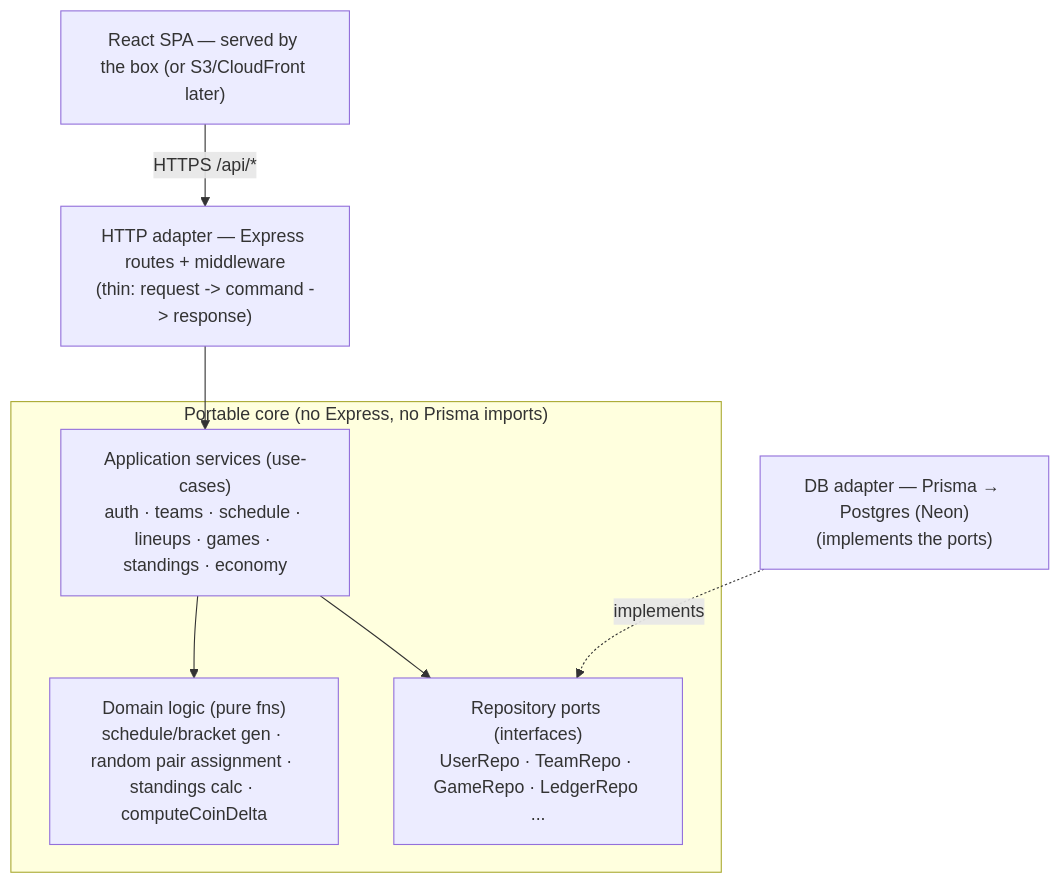
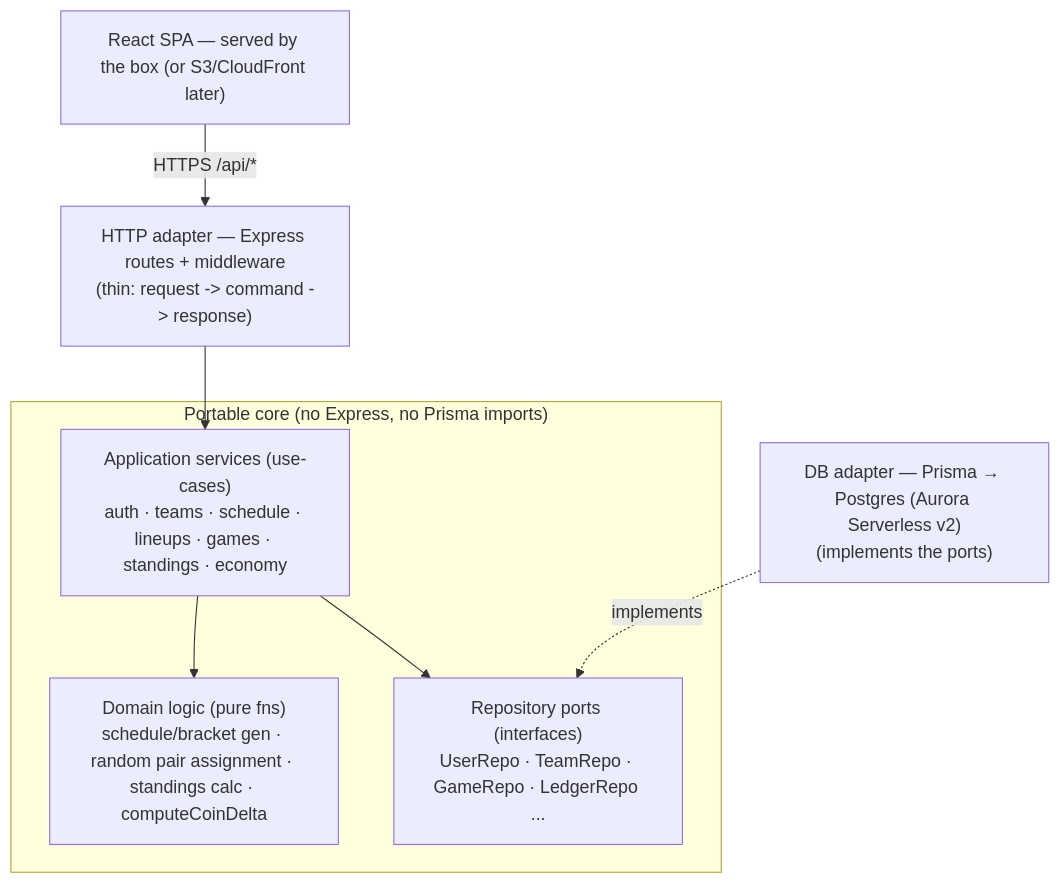
Before and after one commit to jhou98/TournamentApp: the second of 2 diagrams in artifacts/artifact.md, drawn with Mermaid. The commit also changed other lines of this file and 3 other files, not shown here.

First line of the commit message:
docs: switch DB to Aurora Serverless v2 (AWS free tier) and add deploy phase (#2)

````diff
--- a/artifacts/artifact.md
+++ b/artifacts/artifact.md
@@ -593,15 +604,15 @@
 ```mermaid
 flowchart TB
   FE["React SPA — served by the box (or S3/CloudFront later)"]
   subgraph CORE["Portable core (no Express, no Prisma imports)"]
     SVC["Application services (use-cases)\nauth · teams · schedule · lineups · games · standings · economy"]
     DOM["Domain logic (pure fns)\nschedule/bracket gen · random pair assignment · standings calc · computeCoinDelta"]
     PORT["Repository ports (interfaces)\nUserRepo · TeamRepo · GameRepo · LedgerRepo ..."]
   end
   HTTP["HTTP adapter — Express routes + middleware\n(thin: request -> command -> response)"]
-  DB["DB adapter — Prisma → Postgres (Neon)\n(implements the ports)"]
+  DB["DB adapter — Prisma → Postgres (Aurora Serverless v2)\n(implements the ports)"]
   FE -->|"HTTPS /api/*"| HTTP --> SVC
   SVC --> DOM
   SVC --> PORT
   DB -. implements .-> PORT
 ```
````
